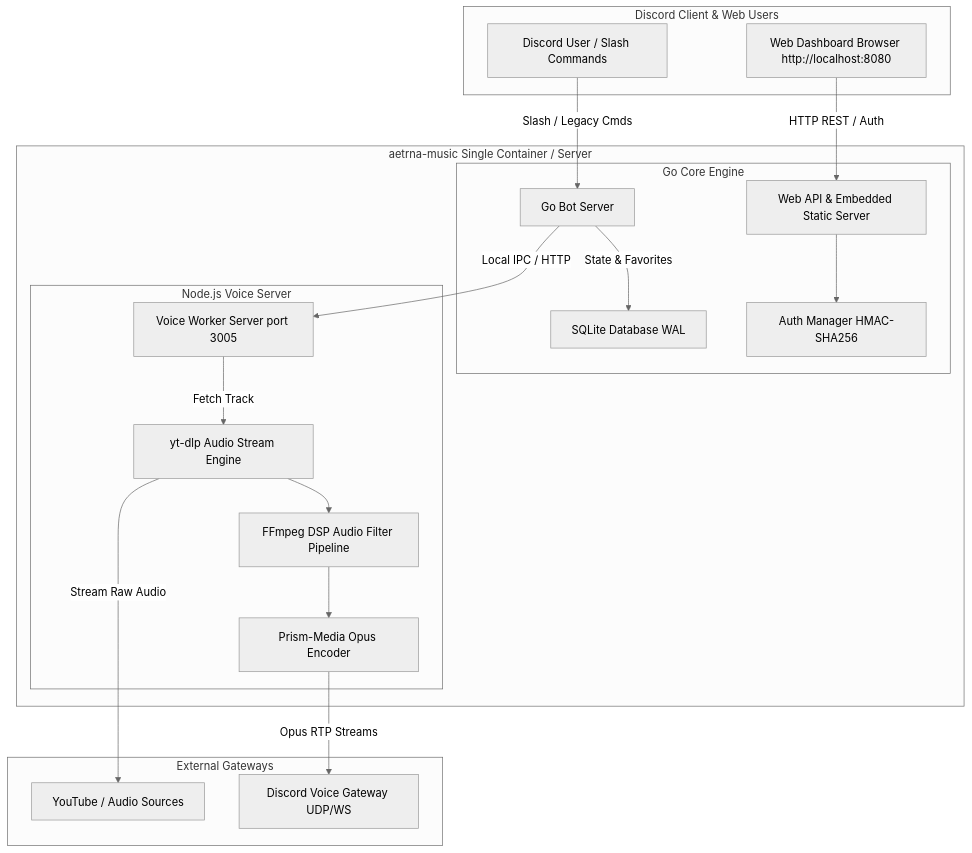
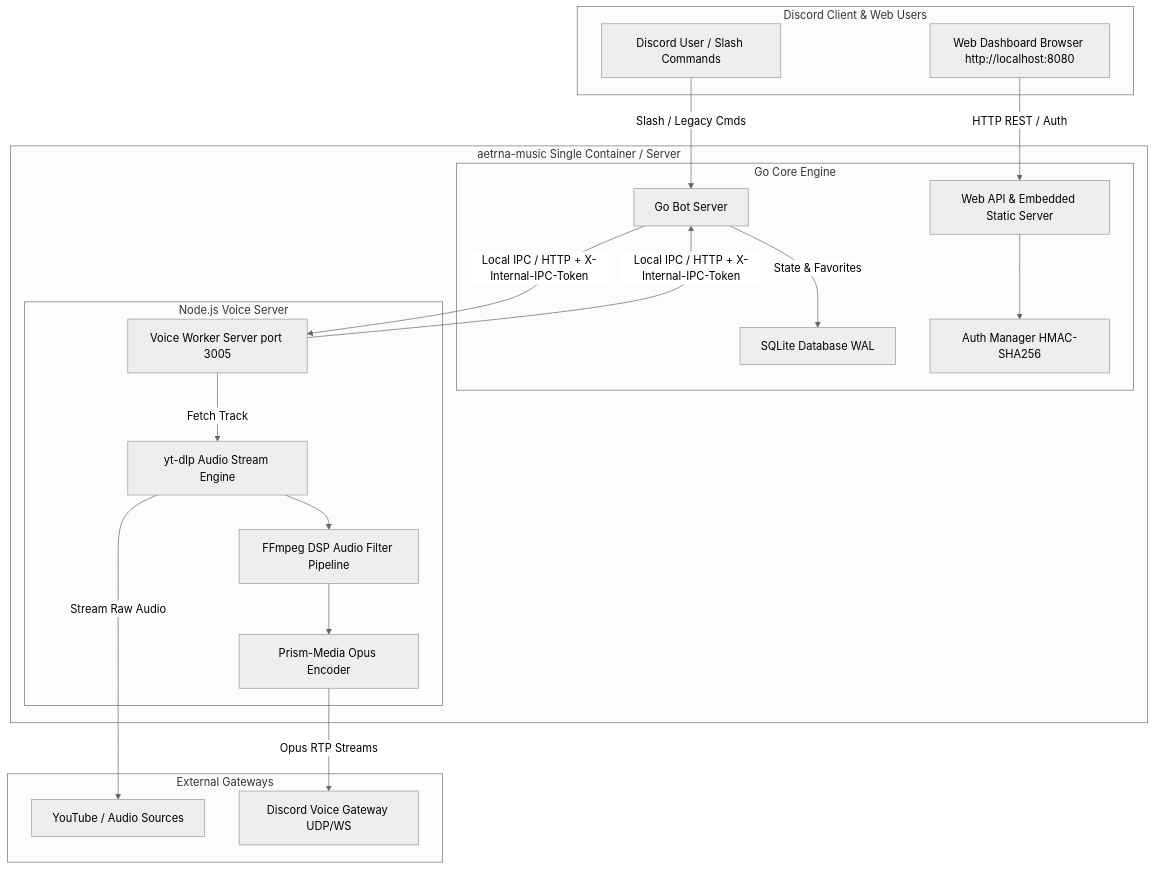
One commit to zidanaetrna/aetrna-music changed the diagram in README.md. Above: the diagram before and after it, drawn with Mermaid (neutral theme). The commit also changed other lines of this file and 41 other files, not shown here.

````diff
--- a/README.md
+++ b/README.md
@@ -147,39 +181,40 @@
 ```mermaid
 graph TD
     subgraph Discord Client & Web Users
         A[Discord User / Slash Commands]
         W[Web Dashboard Browser http://localhost:8080]
     end
 
     subgraph aetrna-music Single Container / Server
         subgraph Go Core Engine
             B[Go Bot Server]
             C[SQLite Database WAL]
             D[Web API & Embedded Static Server]
             E[Auth Manager HMAC-SHA256]
         end
 
         subgraph Node.js Voice Server
             F[Voice Worker Server port 3005]
             G[yt-dlp Audio Stream Engine]
             H[FFmpeg DSP Audio Filter Pipeline]
             I[Prism-Media Opus Encoder]
         end
     end
 
     subgraph External Gateways
         J[YouTube / Audio Sources]
         K[Discord Voice Gateway UDP/WS]
     end
 
     A -->|Slash / Legacy Cmds| B
     W -->|HTTP REST / Auth| D
     D --> E
     B -->|State & Favorites| C
-    B -->|Local IPC / HTTP| F
+    B -->|Local IPC / HTTP + X-Internal-IPC-Token| F
+    F -->|Local IPC / HTTP + X-Internal-IPC-Token| B
     F -->|Fetch Track| G
     G -->|Stream Raw Audio| J
     G --> H
     H --> I
     I -->|Opus RTP Streams| K
 ```
````
